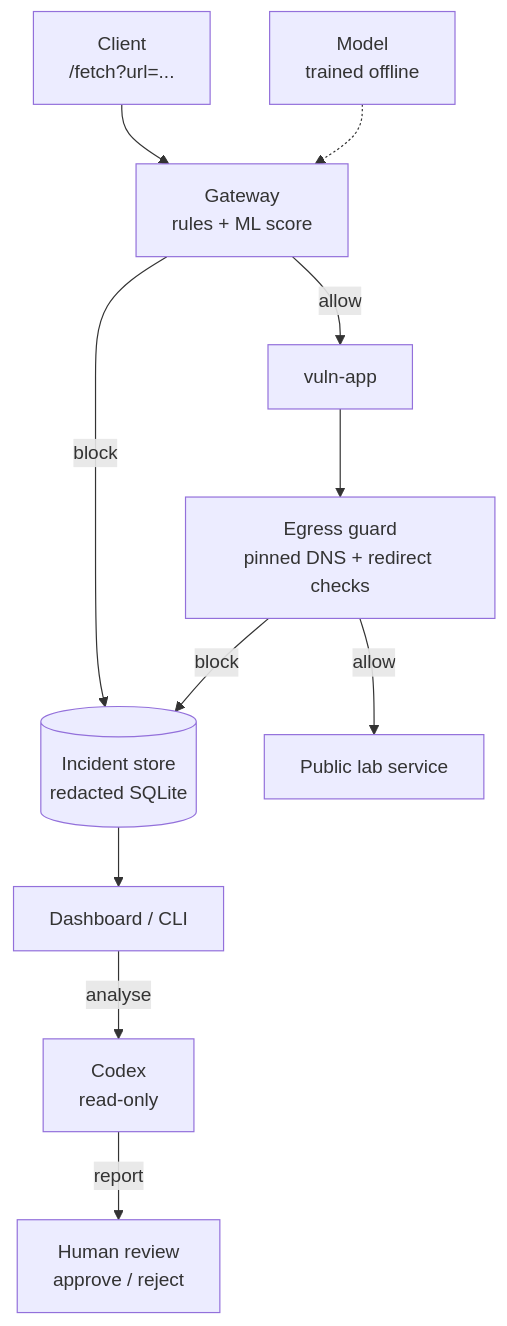
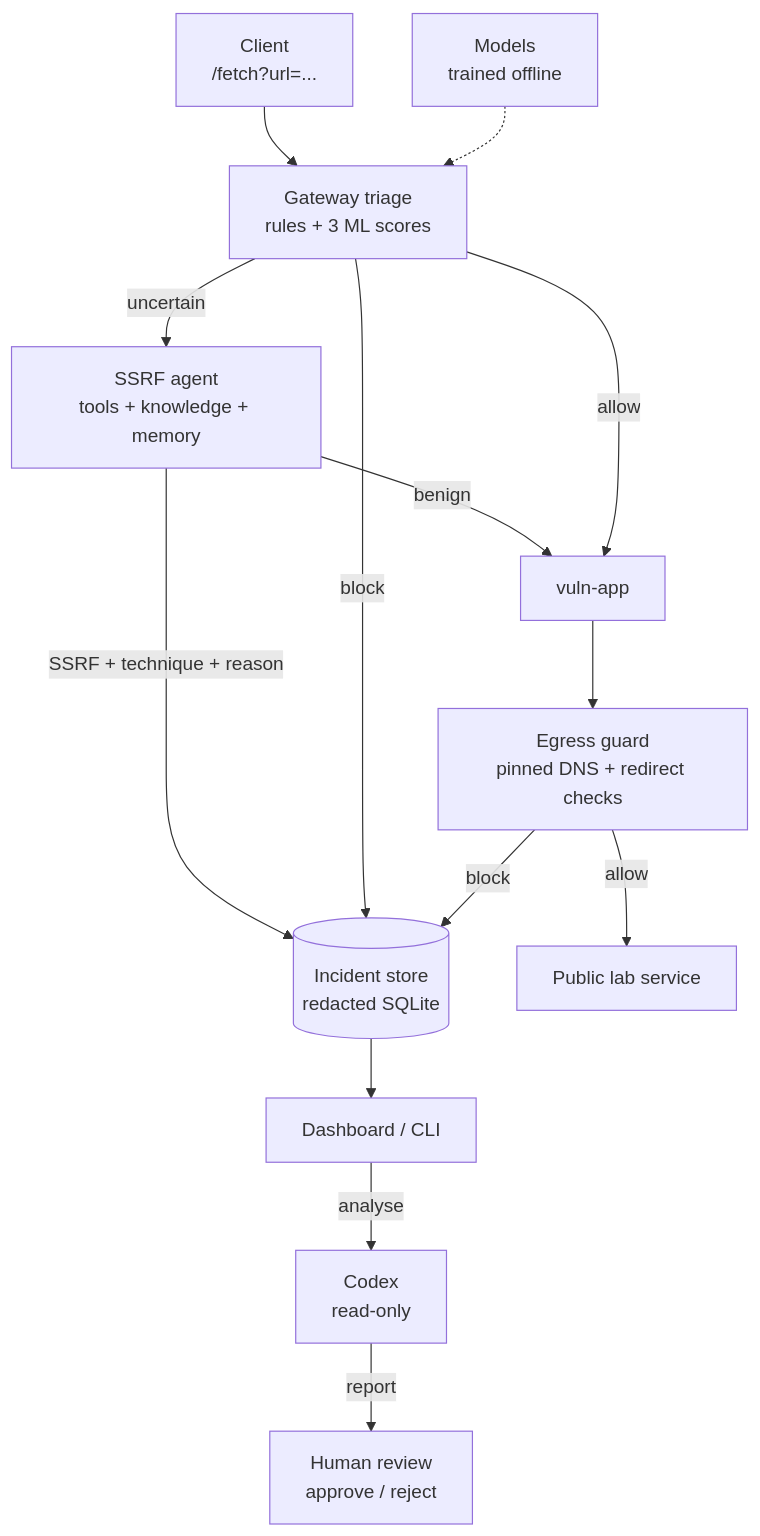
Before and after one commit to blastre/ml-web-security-gateway: the diagram in README.md, drawn with Mermaid. The commit also changed other lines of this file and 19 other files, not shown here.

First line of the commit message:
Add SSRF detection agent based on IDS-Agent

````diff
--- a/README.md
+++ b/README.md
@@ -10,13 +11,16 @@
 ```mermaid
 flowchart TD
-  U["Client<br/>/fetch?url=..."] --> G["Gateway<br/>rules + ML score"]
-  M["Model<br/>trained offline"] -.-> G
+  U["Client<br/>/fetch?url=..."] --> G["Gateway triage<br/>rules + 3 ML scores"]
+  M["Models<br/>trained offline"] -.-> G
+  G -->|uncertain| AG["SSRF agent<br/>tools + knowledge + memory"]
+  AG -->|benign| A
+  AG -->|SSRF + technique + reason| I
   G -->|allow| A["vuln-app"]
   G -->|block| I[("Incident store<br/>redacted SQLite")]
   A --> E["Egress guard<br/>pinned DNS + redirect checks"]
   E -->|allow| P["Public lab service"]
   E -->|block| I
   I --> D["Dashboard / CLI"]
   D -->|analyse| X["Codex<br/>read-only"]
   X -->|report| H["Human review<br/>approve / reject"]
 ```
````
